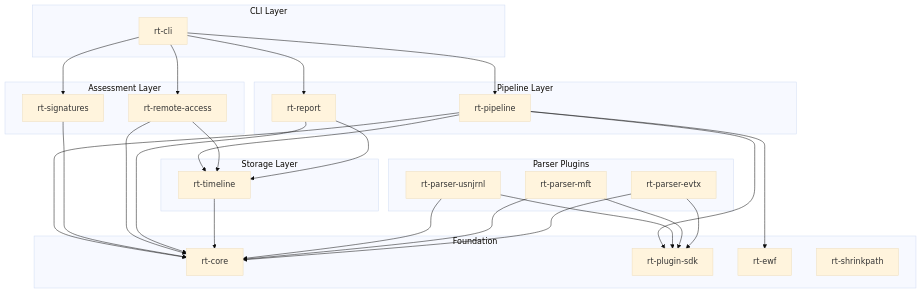
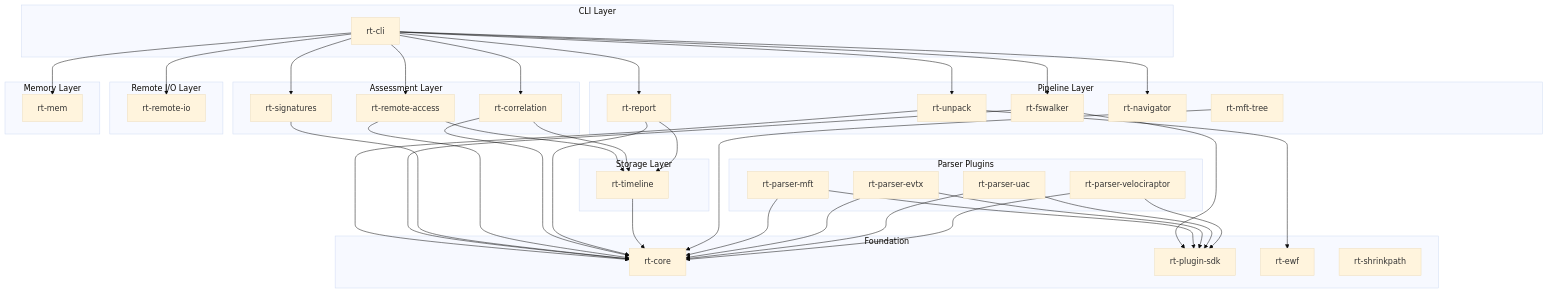
One commit to jwu29/issen changed the second of 8 diagrams in docs/ARCHITECTURE.md. Above: the diagram before and after it, drawn with Mermaid (base theme). The commit also changed other lines of this file and 1 other file, not shown here.

First line of the commit message:
docs: update README and ARCHITECTURE to reflect current 24-crate workspace

````diff
--- a/docs/ARCHITECTURE.md
+++ b/docs/ARCHITECTURE.md
@@ -36,54 +41,77 @@
 ```mermaid
 graph TD
     subgraph CLI["CLI Layer"]
         rt-cli
     end
 
     subgraph Assessment["Assessment Layer"]
         rt-signatures
         rt-remote-access
+        rt-correlation
     end
 
     subgraph Pipeline["Pipeline Layer"]
-        rt-pipeline
+        rt-unpack
+        rt-fswalker
         rt-report
+        rt-navigator
+        rt-mft-tree
     end
 
     subgraph Storage["Storage Layer"]
         rt-timeline
     end
 
+    subgraph RemoteIO["Remote I/O Layer"]
+        rt-remote-io
+    end
+
+    subgraph Memory["Memory Layer"]
+        rt-mem
+    end
+
     subgraph Parsers["Parser Plugins"]
-        rt-parser-usnjrnl
         rt-parser-mft
         rt-parser-evtx
+        rt-parser-uac
+        rt-parser-velociraptor
     end
 
     subgraph Foundation["Foundation"]
         rt-core
         rt-plugin-sdk
         rt-ewf
         rt-shrinkpath
     end
 
-    rt-cli --> rt-pipeline
+    rt-cli --> rt-unpack
+    rt-cli --> rt-fswalker
     rt-cli --> rt-signatures
     rt-cli --> rt-remote-access
+    rt-cli --> rt-correlation
     rt-cli --> rt-report
-    rt-pipeline --> rt-timeline
-    rt-pipeline --> rt-core
-    rt-pipeline --> rt-plugin-sdk
+    rt-cli --> rt-mem
+    rt-cli --> rt-navigator
+    rt-cli --> rt-remote-io
+    rt-unpack --> rt-core
+    rt-fswalker --> rt-core
+    rt-fswalker --> rt-plugin-sdk
     rt-signatures --> rt-core
     rt-remote-access --> rt-core
     rt-remote-access --> rt-timeline
+    rt-correlation --> rt-core
+    rt-correlation --> rt-timeline
     rt-report --> rt-timeline
     rt-report --> rt-core
     rt-timeline --> rt-core
-    rt-parser-usnjrnl --> rt-core
-    rt-parser-usnjrnl --> rt-plugin-sdk
+    rt-mft-tree --> rt-core
     rt-parser-mft --> rt-core
     rt-parser-mft --> rt-plugin-sdk
     rt-parser-evtx --> rt-core
     rt-parser-evtx --> rt-plugin-sdk
-    rt-pipeline --> rt-ewf
+    rt-parser-uac --> rt-core
+    rt-parser-uac --> rt-plugin-sdk
+    rt-parser-velociraptor --> rt-core
+    rt-parser-velociraptor --> rt-plugin-sdk
+    rt-unpack --> rt-ewf
 ```
````
